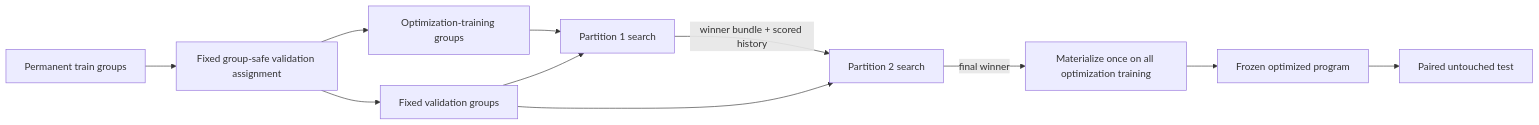
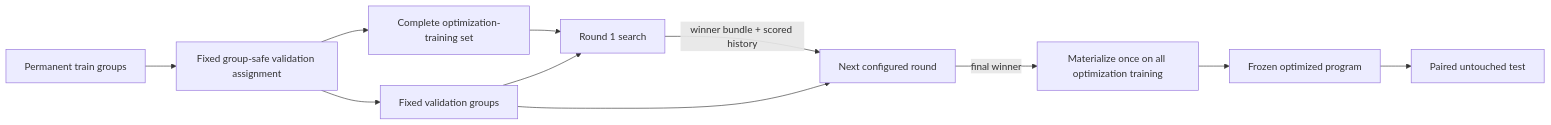
Before and after one commit to mainsequence-sdk/repo-agent-eval: the diagram in docs/architecture/011-stateful-optimization-and-semantic-reuse.md, drawn with Mermaid. The commit also changed other lines of this file and 516 other files, not shown here.

````diff
--- a/docs/architecture/011-stateful-optimization-and-semantic-reuse.md
+++ b/docs/architecture/011-stateful-optimization-and-semantic-reuse.md
@@ -72,13 +71,13 @@
 ```mermaid
 flowchart LR
     Train[Permanent train groups] --> Split[Fixed group-safe validation assignment]
-    Split --> Fit[Optimization-training groups]
+    Split --> Fit[Complete optimization-training set]
     Split --> Validation[Fixed validation groups]
-    Fit --> P1[Partition 1 search]
-    P1 -->|winner bundle + scored history| P2[Partition 2 search]
-    P2 -->|final winner| FinalFit[Materialize once on all optimization training]
-    Validation --> P1
-    Validation --> P2
+    Fit --> R1[Round 1 search]
+    R1 -->|winner bundle + scored history| RN[Next configured round]
+    RN -->|final winner| FinalFit[Materialize once on all optimization training]
+    Validation --> R1
+    Validation --> RN
     FinalFit --> Frozen[Frozen optimized program]
     Frozen --> Test[Paired untouched test]
 ```
````
